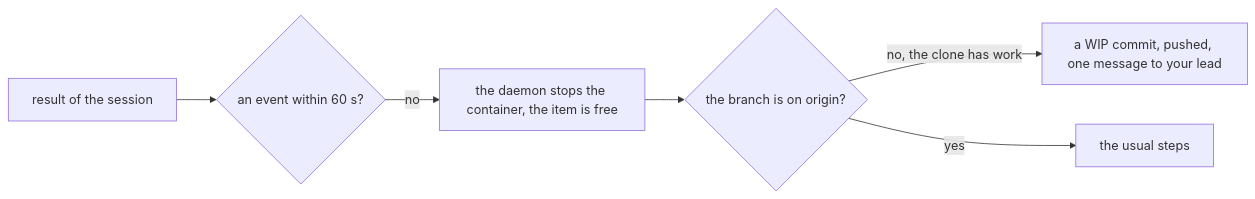
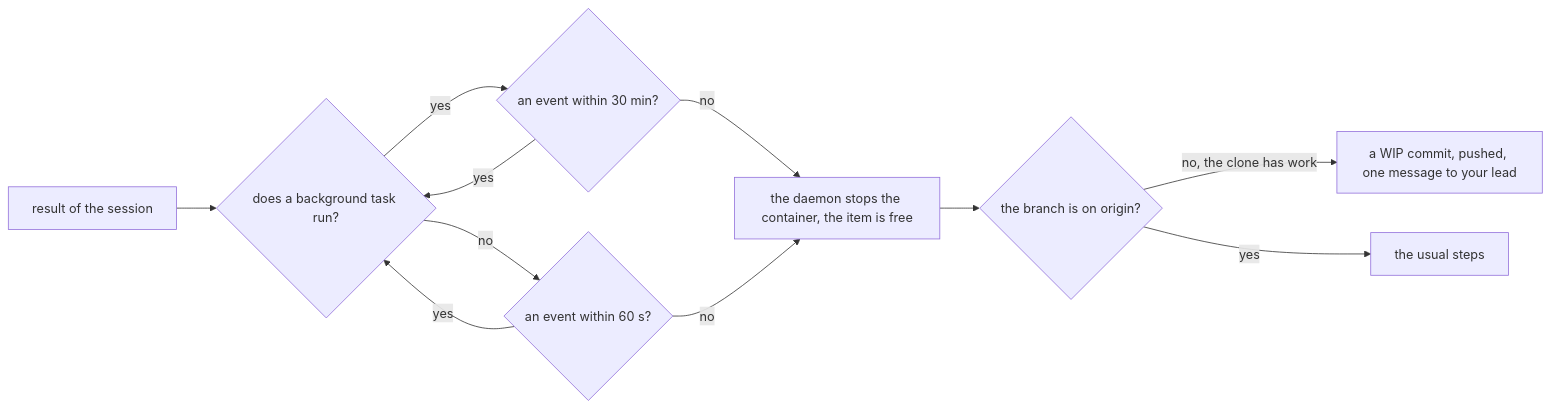
Before and after one commit to como-technologies/riff: diagram 18 of 40 in docs/src/development.md, drawn with Mermaid. The commit also changed other lines of this file and 2 other files, not shown here.

First paragraph of the commit message:
A running background task holds a session of a wave for the quiet limit, not the grace of 60 s (#1394)
Closes #1390

````diff
--- a/docs/src/development.md
+++ b/docs/src/development.md
@@ -1471,8 +1471,13 @@
 ```mermaid
 flowchart LR
-    R["result of the session"] --> G{"an event within 60 s?"}
+    R["result of the session"] --> T{"does a background task run?"}
+    T -- "yes" --> Q{"an event within 30 min?"}
+    T -- "no" --> G{"an event within 60 s?"}
+    Q -- "yes" --> T
+    G -- "yes" --> T
+    Q -- "no" --> S
     G -- "no" --> S["the daemon stops the container, the item is free"]
     S --> P{"the branch is on origin?"}
     P -- "no, the clone has work" --> W["a WIP commit, pushed, one message to your lead"]
     P -- "yes" --> N["the usual steps"]
 ```
````
